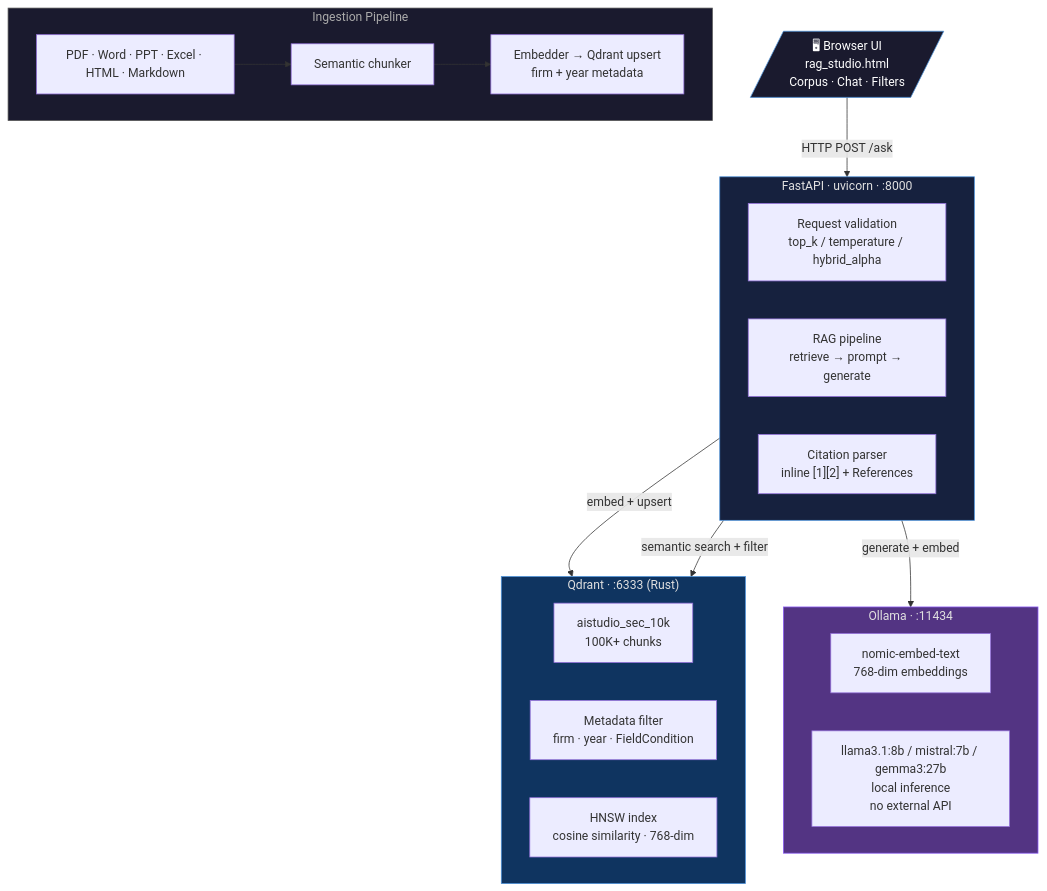
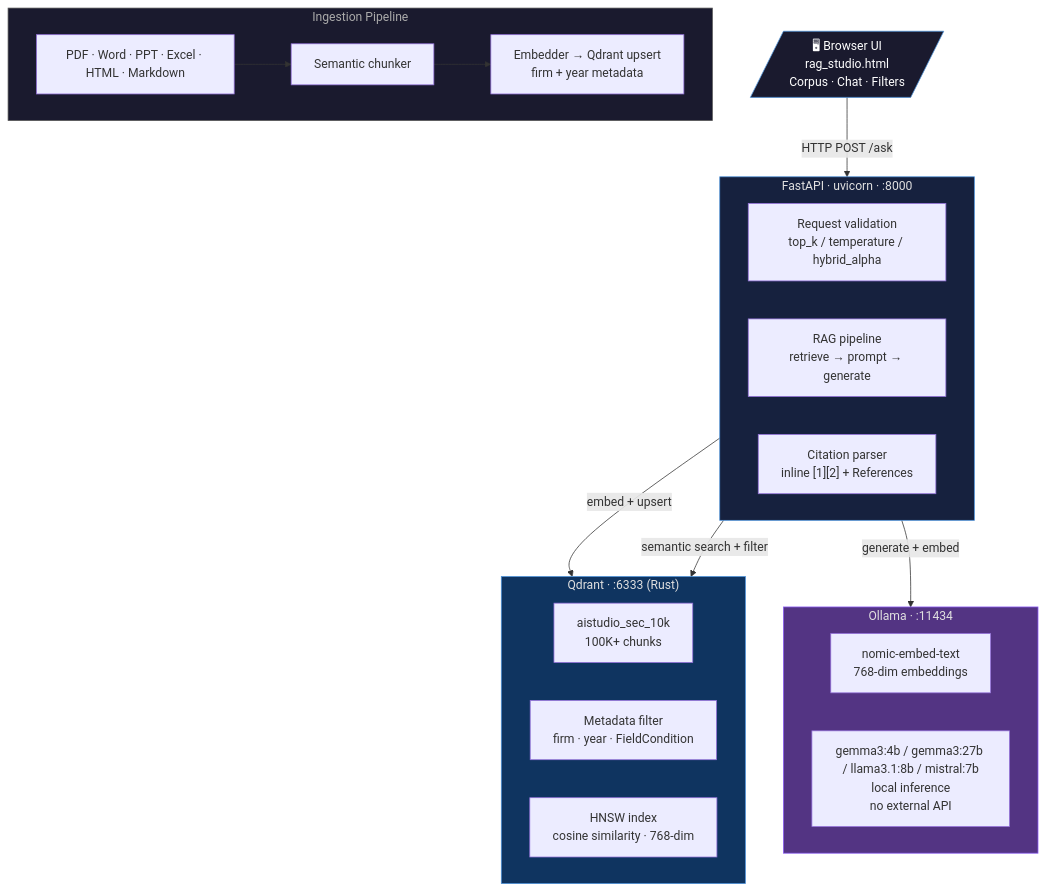
One commit to mbarberony/AIStudio changed the first of 2 diagrams in README.md. Above: the diagram before and after it, drawn with Mermaid. The commit also changed other lines of this file and 62 other files, not shown here.

````diff
--- a/README.md
+++ b/README.md
@@ -143,40 +143,40 @@
 ```mermaid
 flowchart TD
     UI[/"🖥 Browser UI\nrag_studio.html\nCorpus · Chat · Filters"/]
 
     UI -->|HTTP POST /ask| API
 
     subgraph API["FastAPI · uvicorn · :8000"]
         AV["Request validation\ntop_k / temperature / hybrid_alpha"]
         AR["RAG pipeline\nretrieve → prompt → generate"]
         AC["Citation parser\ninline [1][2] + References"]
     end
 
     API -->|embed + upsert| QD
     API -->|semantic search + filter| QD
     API -->|generate + embed| OL
 
     subgraph QD["Qdrant · :6333 (Rust)"]
         QC["aistudio_sec_10k\n100K+ chunks"]
         QF["Metadata filter\nfirm · year · FieldCondition"]
         QH["HNSW index\ncosine similarity · 768-dim"]
     end
 
     subgraph OL["Ollama · :11434"]
         OE["nomic-embed-text\n768-dim embeddings"]
-        OM["llama3.1:8b / mistral:7b / gemma3:27b\nlocal inference\nno external API"]
+        OM["gemma3:4b / gemma3:27b / llama3.1:8b / mistral:7b\nlocal inference\nno external API"]
     end
 
     subgraph ING["Ingestion Pipeline"]
         IN["PDF · Word · PPT · Excel · HTML · Markdown"]
         CH["Semantic chunker"]
         EM["Embedder → Qdrant upsert\nfirm + year metadata"]
         IN --> CH --> EM
     end
 
     style UI fill:#1a1a2e,stroke:#4a90d9,color:#ffffff
     style API fill:#16213e,stroke:#4a90d9,color:#e0e0e0
     style QD fill:#0f3460,stroke:#4a90d9,color:#e0e0e0
     style OL fill:#533483,stroke:#8b5cf6,color:#e0e0e0
     style ING fill:#1a1a2e,stroke:#555,color:#aaaaaa
 ```
````
